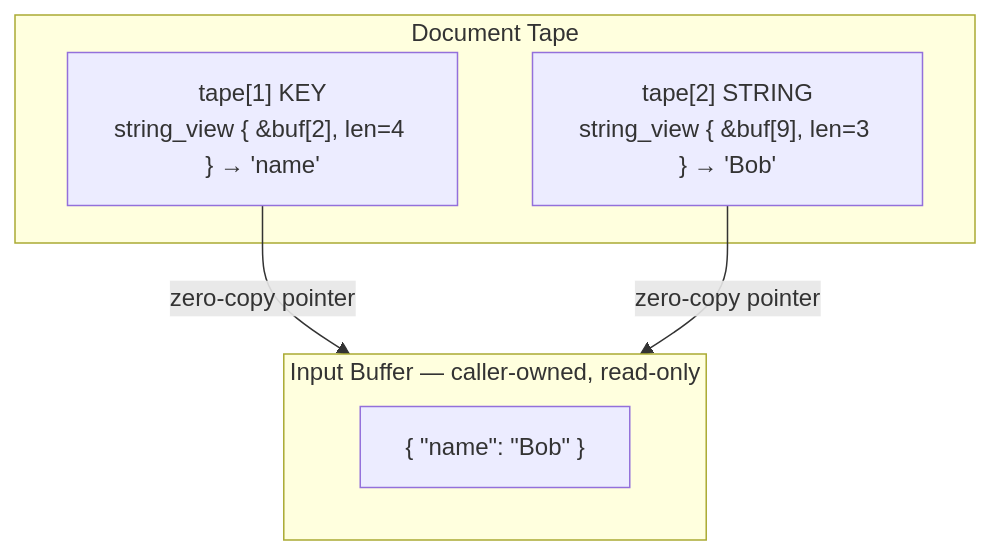
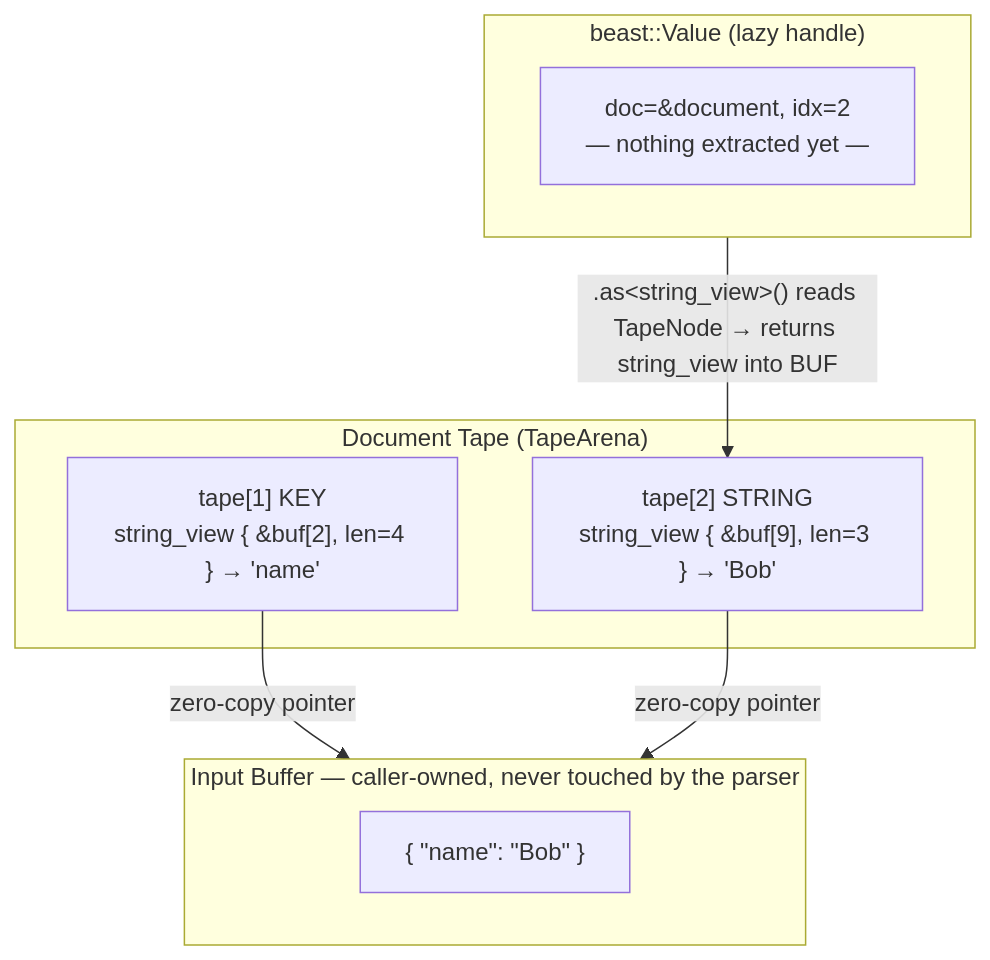
Before and after one commit to the-lkb/beast-json: the sixth of 8 diagrams in docs/theory/architecture.md, drawn with Mermaid. The commit also changed other lines of this file, not shown here.

First line of the commit message:
docs: complete rewrite of architecture page as proprietary Lazy Tape DOM design

````diff
--- a/docs/theory/architecture.md
+++ b/docs/theory/architecture.md
@@ -172,14 +263,19 @@
 ```mermaid
 flowchart TB
-    subgraph BUF["Input Buffer — caller-owned, read-only"]
+    subgraph BUF["Input Buffer — caller-owned, never touched by the parser"]
         RAW["{ #quot;name#quot;: #quot;Bob#quot; }"]
     end
 
-    subgraph TAPE["Document Tape"]
+    subgraph TAPE["Document Tape (TapeArena)"]
         TN1["tape[1] KEY<br/>string_view { &amp;buf[2], len=4 } → 'name'"]
         TN2["tape[2] STRING<br/>string_view { &amp;buf[9], len=3 } → 'Bob'"]
     end
 
+    subgraph VAL["beast::Value  (lazy handle)"]
+        V["doc=&amp;document, idx=2<br/>— nothing extracted yet —"]
+    end
+
     TN1 -->|"zero-copy pointer"| BUF
     TN2 -->|"zero-copy pointer"| BUF
+    VAL -->|".as&lt;string_view&gt;() reads TapeNode → returns string_view into BUF"| TN2
 ```
````
